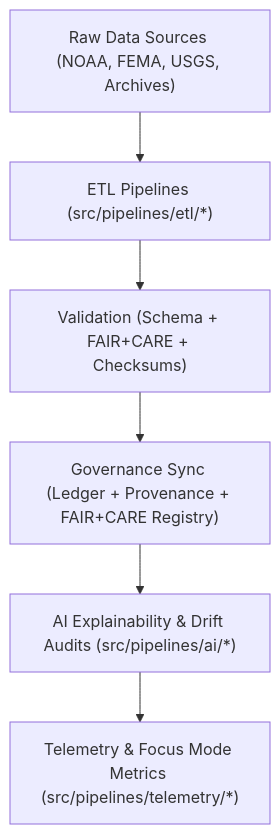
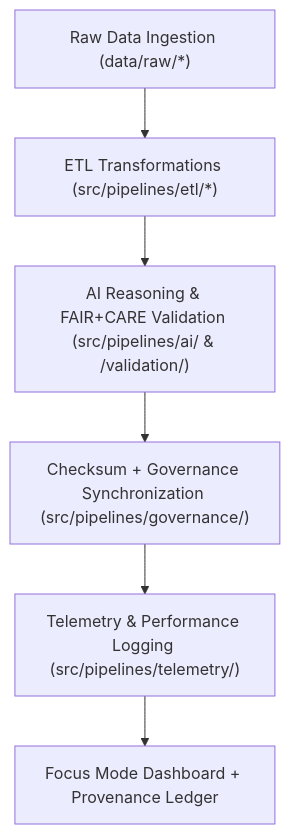
The diagram in src/pipelines/README.md (bartytime4life/Kansas-Frontier-Matrix), drawn with Mermaid before and after one commit. The commit also changed other lines of this file, not shown here.

````diff
--- a/src/pipelines/README.md
+++ b/src/pipelines/README.md
@@ -99,8 +92,8 @@
 ```mermaid
 flowchart TD
-    A["Raw Data Sources (NOAA, FEMA, USGS, Archives)"] --> B["ETL Pipelines (src/pipelines/etl/*)"]
-    B --> C["Validation (Schema + FAIR+CARE + Checksums)"]
-    C --> D["Governance Sync (Ledger + Provenance + FAIR+CARE Registry)"]
-    D --> E["AI Explainability & Drift Audits (src/pipelines/ai/*)"]
-    E --> F["Telemetry & Focus Mode Metrics (src/pipelines/telemetry/*)"]
+    A["Raw Data Ingestion (data/raw/*)"] --> B["ETL Transformations (src/pipelines/etl/*)"]
+    B --> C["AI Reasoning & FAIR+CARE Validation (src/pipelines/ai/ & /validation/)"]
+    C --> D["Checksum + Governance Synchronization (src/pipelines/governance/)"]
+    D --> E["Telemetry & Performance Logging (src/pipelines/telemetry/)"]
+    E --> F["Focus Mode Dashboard + Provenance Ledger"]
 ```
````
